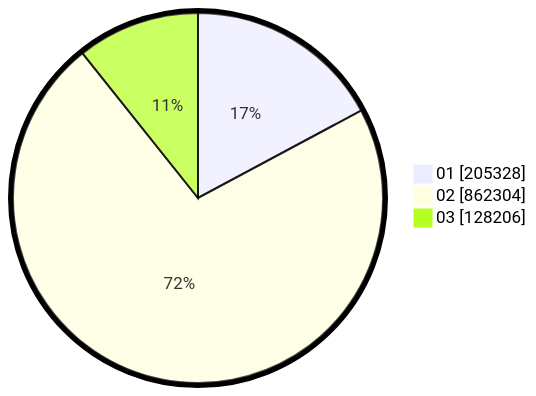
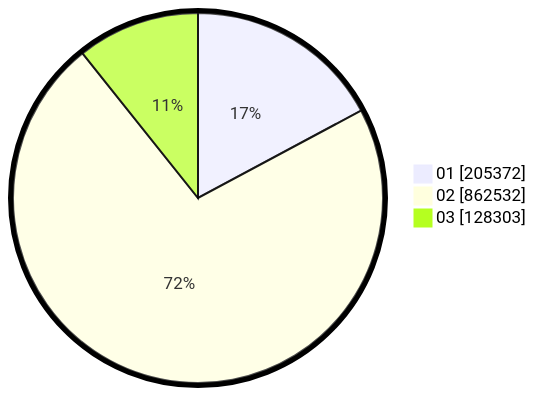
One commit to gigit-pemilu/pemilu-2024 changed the second of 2 diagrams in pilpres/hitung-suara/sub/table-wilayah-62.md. Above: the diagram before and after it, drawn with Mermaid. The commit also changed other lines of this file and 9 other files, not shown here.

````diff
--- a/pilpres/hitung-suara/sub/table-wilayah-62.md
+++ b/pilpres/hitung-suara/sub/table-wilayah-62.md
@@ -15,7 +15,7 @@
 ```mermaid
 %%{init: {"pie": {"textPosition": 0.5}, "themeVariables": {"pieOuterStrokeWidth": "5px"}} }%%
 pie showData
-    "01" : 205328
-    "02" : 862304
-    "03" : 128206
+    "01" : 205372
+    "02" : 862532
+    "03" : 128303
 ```
````
